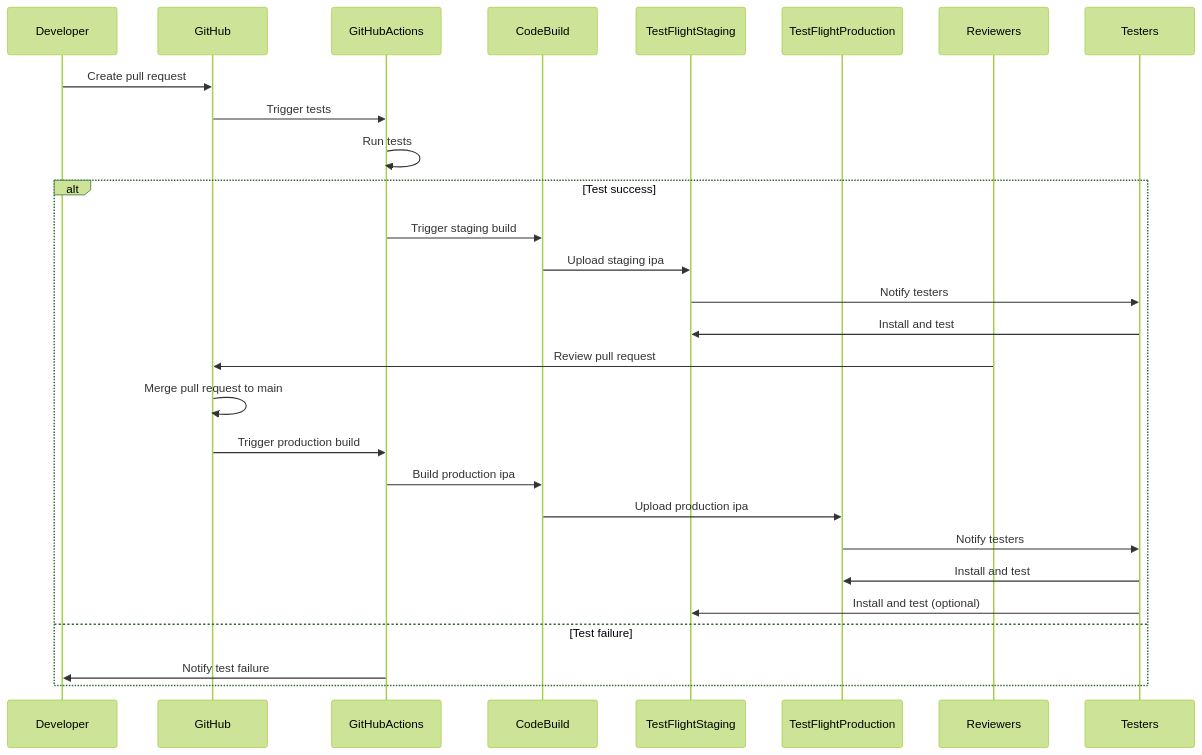
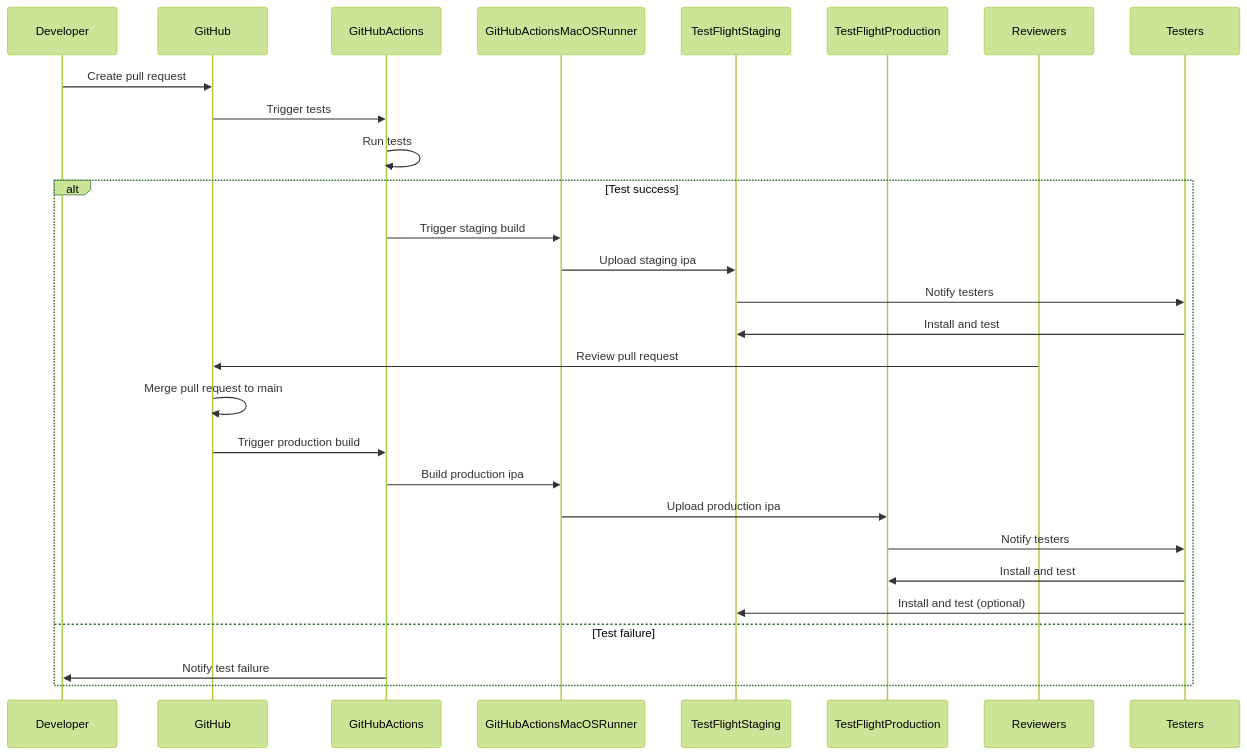
Before and after one commit to hamatz/tech_doc: the fourth of 4 diagrams in android_build.md, drawn with Mermaid (forest theme). The commit also changed other lines of this file, not shown here.

Commit message:
iOSアプリのビルドはGitHub Actions MacOS Runner での実行に修正

````diff
--- a/android_build.md
+++ b/android_build.md
@@ -381,31 +388,31 @@
 ```mermaid
 sequenceDiagram
     participant Developer
     participant GitHub
     participant GitHubActions
-    participant CodeBuild
+    participant GitHubActionsMacOSRunner
     participant TestFlightStaging
     participant TestFlightProduction
     participant Reviewers
     participant Testers
     
     Developer->>GitHub: Create pull request
     GitHub->>GitHubActions: Trigger tests
     GitHubActions->>GitHubActions: Run tests
     alt Test success
-        GitHubActions->>CodeBuild: Trigger staging build
-        CodeBuild->>TestFlightStaging: Upload staging ipa
+        GitHubActions->>GitHubActionsMacOSRunner: Trigger staging build
+        GitHubActionsMacOSRunner->>TestFlightStaging: Upload staging ipa
         TestFlightStaging->>Testers: Notify testers
         Testers->>TestFlightStaging: Install and test
         Reviewers->>GitHub: Review pull request
         GitHub->>GitHub: Merge pull request to main
         GitHub->>GitHubActions: Trigger production build
-        GitHubActions->>CodeBuild: Build production ipa
-        CodeBuild->>TestFlightProduction: Upload production ipa
+        GitHubActions->>GitHubActionsMacOSRunner: Build production ipa
+        GitHubActionsMacOSRunner->>TestFlightProduction: Upload production ipa
         TestFlightProduction->>Testers: Notify testers
         Testers->>TestFlightProduction: Install and test
         Testers->>TestFlightStaging: Install and test (optional)
     else Test failure
         GitHubActions->>Developer: Notify test failure
     end
 ```
````
